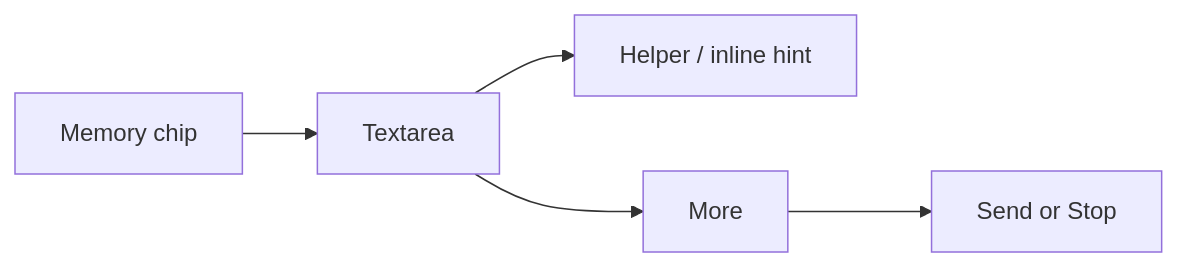
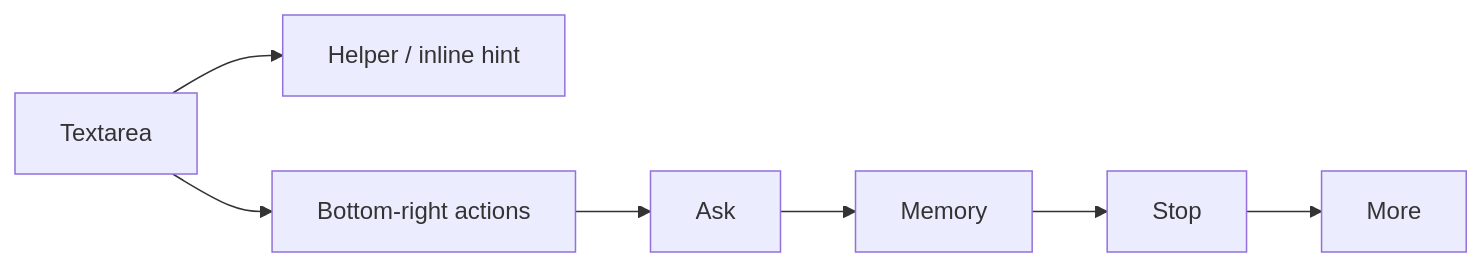
One commit to edonyzpc/personal-assistant changed the second of 2 diagrams in docs/chat-ui-redesign-spec.md. Above: the diagram before and after it, drawn with Mermaid. The commit also changed other lines of this file and 2 other files, not shown here.

Commit message:
docs(chat-ui): align redesign docs with composer layout

````diff
--- a/docs/chat-ui-redesign-spec.md
+++ b/docs/chat-ui-redesign-spec.md
@@ -181,13 +181,17 @@
 ```mermaid
 flowchart LR
-  Memory["Memory chip"]
   Text["Textarea"]
   Hint["Helper / inline hint"]
+  Actions["Bottom-right actions"]
+  Ask["Ask"]
+  Memory["Memory"]
+  Stop["Stop"]
   More["More"]
-  Send["Send or Stop"]
 
-  Memory --> Text
   Text --> Hint
-  Text --> More
-  More --> Send
+  Text --> Actions
+  Actions --> Ask
+  Ask --> Memory
+  Memory --> Stop
+  Stop --> More
 ```
````
